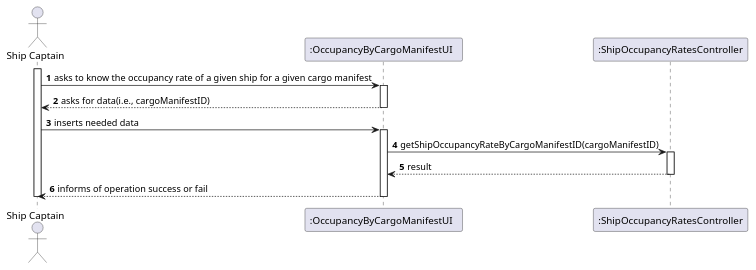
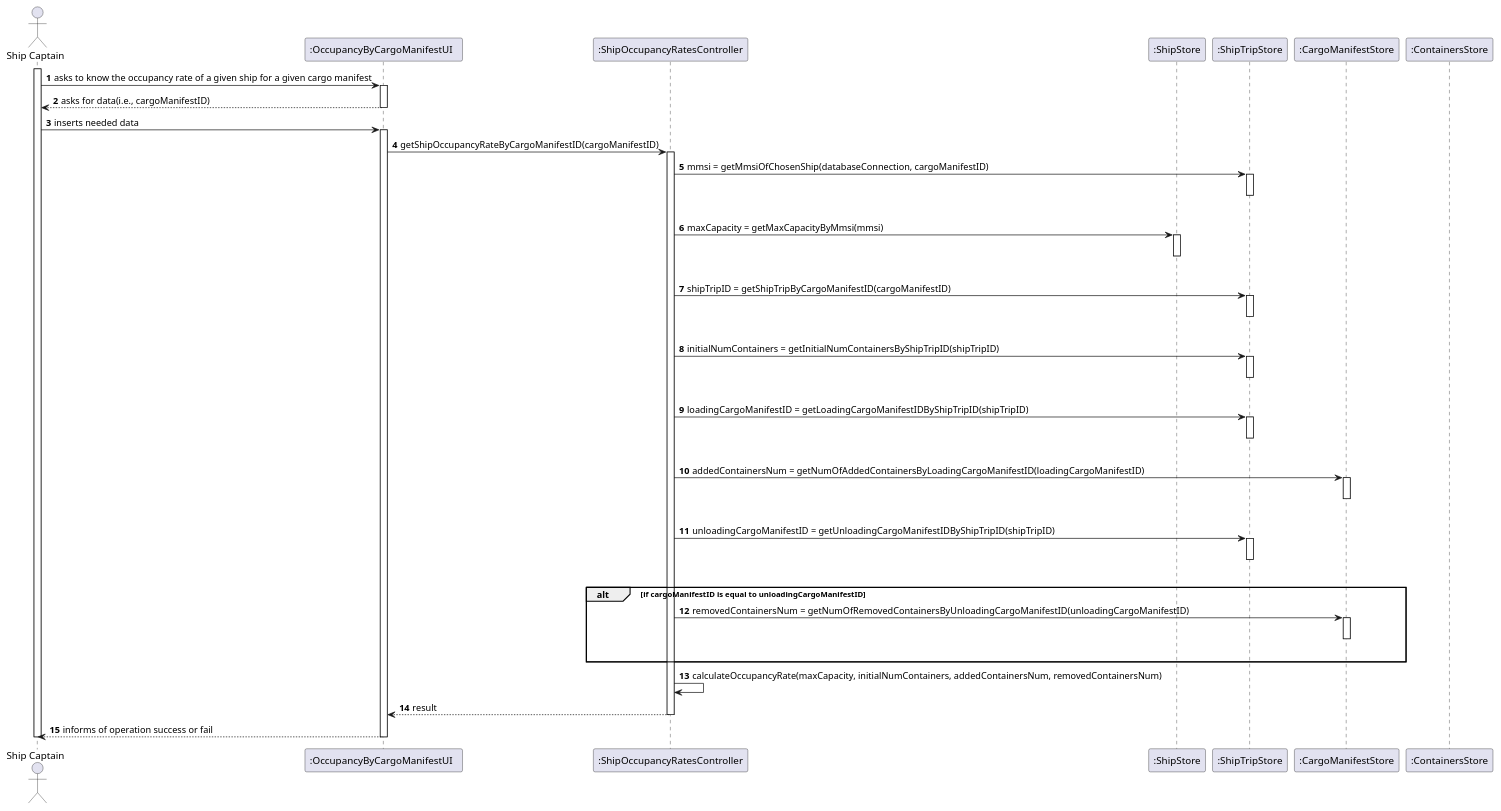
One commit to ana-albergaria/LAPR3-ISEP changed the diagram in docs/US208/US_208_SD.puml. Above: the diagram before and after it, drawn with PlantUML. The commit also changed 3 other files, not shown here.

```diff
--- a/docs/US208/US_208_SD.puml
+++ b/docs/US208/US_208_SD.puml
@@ -1,28 +1,70 @@
 @startuml
 autonumber
 'hide footbox
 actor "Ship Captain" as SC
 participant ":OccupancyByCargoManifestUI  " as UI
 participant ":ShipOccupancyRatesController" as CTRL
+participant ":ShipStore" as SS
+participant ":ShipTripStore" as STS
+participant ":CargoManifestStore" as CMS
+participant ":ContainersStore" as CS
 'participant ":Company" as CMP
 'participant ":ShipStore" as STORE
 'participant ":ShipsBST" as SBST
 'participant ":Ship" as SHIP
 
 activate SC
 SC -> UI : asks to know the occupancy rate of a given ship for a given cargo manifest
 activate UI
 UI --> SC : asks for data(i.e., cargoManifestID)
 deactivate UI
 SC -> UI : inserts needed data
 activate UI
 UI -> CTRL : getShipOccupancyRateByCargoManifestID(cargoManifestID)
 activate CTRL
-
+CTRL -> STS : mmsi = getMmsiOfChosenShip(databaseConnection, cargoManifestID)
+'tenho de saber se procuro o cargoManifestID na parte do loadingID ou do unloadingID
+activate STS
+|||
+deactivate STS
+'preciso da capacidade total em nr de contentores
+'preciso do numero de contetores atualmente no ship
+CTRL -> SS : maxCapacity = getMaxCapacityByMmsi(mmsi)
+activate SS
+|||
+deactivate SS
+CTRL -> STS : shipTripID = getShipTripByCargoManifestID(cargoManifestID)
+'o loading_cargo_id ou o unloading_cargo_id têm de ter esse id
+activate STS
+|||
+deactivate STS
+CTRL -> STS: initialNumContainers = getInitialNumContainersByShipTripID(shipTripID)
+activate STS
+|||
+deactivate STS
+CTRL -> STS: loadingCargoManifestID = getLoadingCargoManifestIDByShipTripID(shipTripID)
+activate STS
+|||
+deactivate STS
+CTRL -> CMS: addedContainersNum = getNumOfAddedContainersByLoadingCargoManifestID(loadingCargoManifestID)
+activate CMS
+|||
+deactivate CMS
+CTRL -> STS: unloadingCargoManifestID = getUnloadingCargoManifestIDByShipTripID(shipTripID)
+activate STS
+|||
+deactivate STS
+alt if cargoManifestID is equal to unloadingCargoManifestID
+CTRL -> CMS: removedContainersNum = getNumOfRemovedContainersByUnloadingCargoManifestID(unloadingCargoManifestID)
+activate CMS
+|||
+deactivate CMS
+end
+CTRL -> CTRL : calculateOccupancyRate(maxCapacity, initialNumContainers, addedContainersNum, removedContainersNum)
 CTRL --> UI : result
 deactivate CTRL
 UI --> SC : informs of operation success or fail
 deactivate UI
 deactivate SC
 
 @enduml
```
